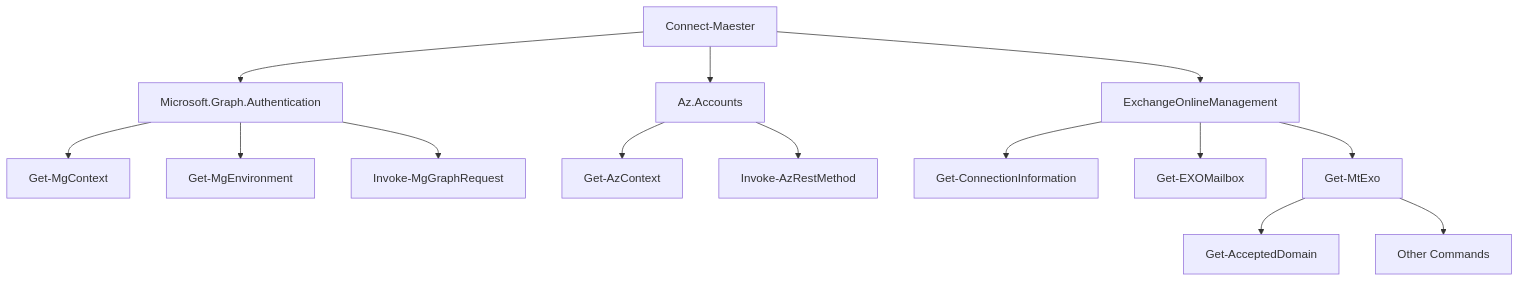
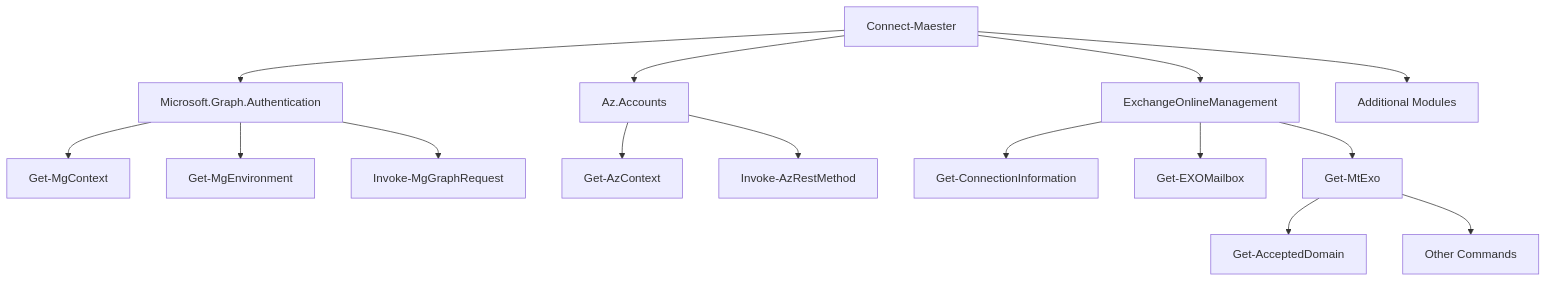
The diagram in website/docs/connect-maester/connect-maester-advanced.md (maester365/maester), drawn with Mermaid before and after one commit. The commit also changed other lines of this file, not shown here.

````diff
--- a/website/docs/connect-maester/connect-maester-advanced.md
+++ b/website/docs/connect-maester/connect-maester-advanced.md
@@ -47,16 +56,17 @@
 ```mermaid
 graph TD;
   Connect-Maester-->Microsoft.Graph.Authentication;
   Connect-Maester-->Az.Accounts;
   Connect-Maester-->ExchangeOnlineManagement;
+  Connect-Maester-->a[Additional Modules];
   Microsoft.Graph.Authentication-->Get-MgContext;
   Microsoft.Graph.Authentication-->Get-MgEnvironment;
   Microsoft.Graph.Authentication-->Invoke-MgGraphRequest;
   Az.Accounts-->Get-AzContext;
   Az.Accounts-->Invoke-AzRestMethod;
   ExchangeOnlineManagement-->Get-ConnectionInformation;
   ExchangeOnlineManagement-->Get-EXOMailbox;
   ExchangeOnlineManagement-->Get-MtExo;
   Get-MtExo-->Get-AcceptedDomain;
   Get-MtExo-->o[Other Commands];
 ```
````
